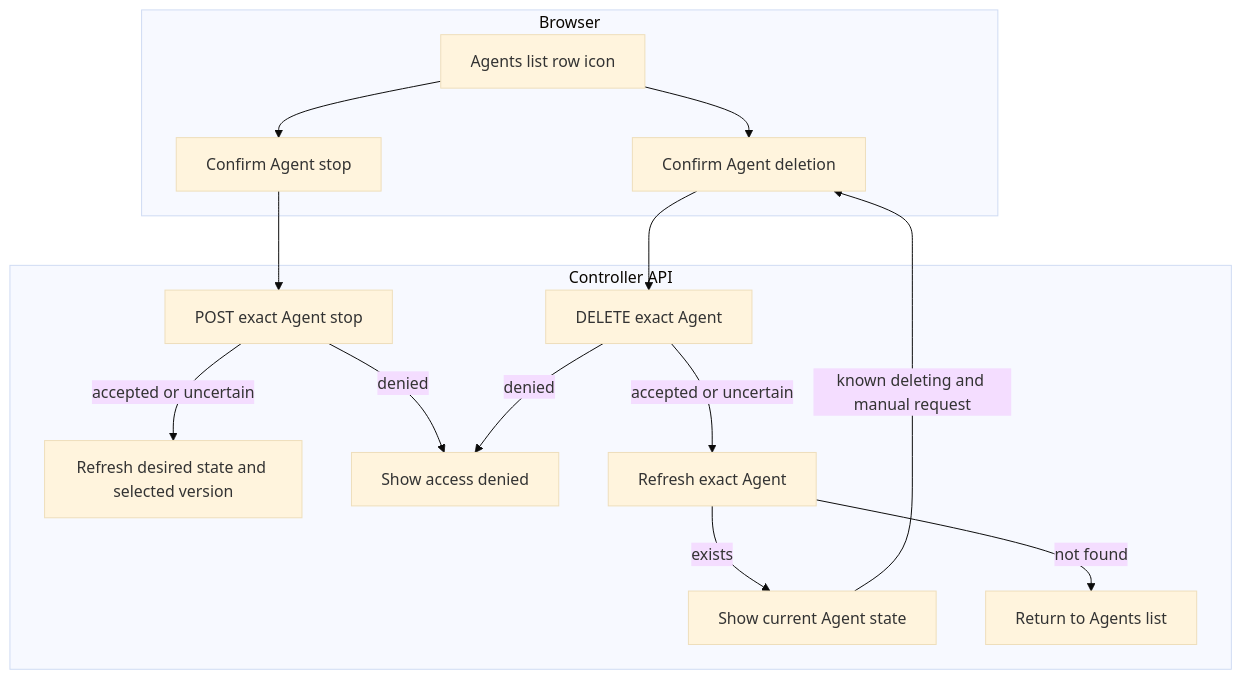
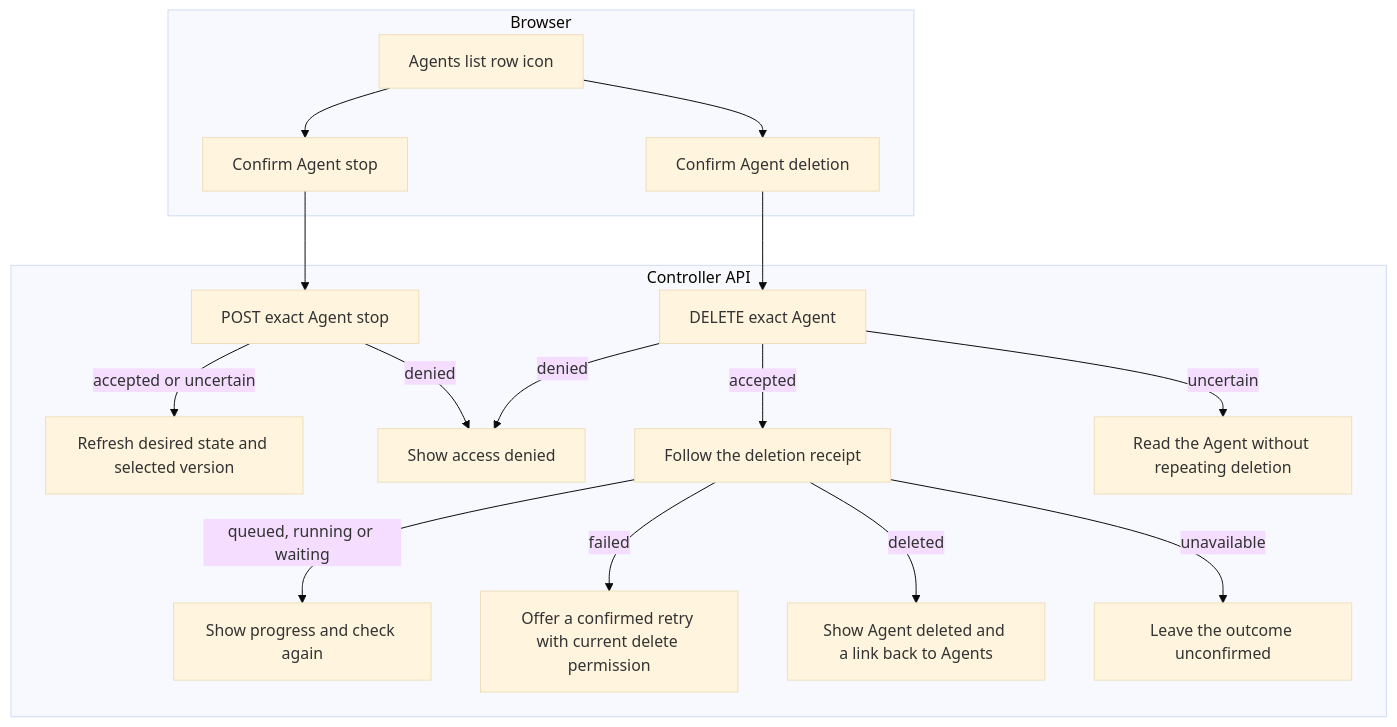
Before and after one commit to openclaw/openclaw-enterprise: the diagram in docs/flows/platform-console/agent-stop-and-deletion.md, drawn with Mermaid (base theme). The commit also changed other lines of this file and 51 other files, not shown here.

Commit message:
Track Agent deletion through controller-confirmed cleanup

````diff
--- a/docs/flows/platform-console/agent-stop-and-deletion.md
+++ b/docs/flows/platform-console/agent-stop-and-deletion.md
@@ -25,20 +25,22 @@
 ```mermaid
 graph TD
   subgraph Browser["Browser"]
     E["Confirm Agent deletion"]
     S["Confirm Agent stop"]
     L["Agents list row icon"] --> E
     L --> S
   end
   subgraph API["Controller API"]
     E --> G["DELETE exact Agent"]
     S --> T["POST exact Agent stop"]
     T -->|accepted or uncertain| U["Refresh desired state and selected version"]
     T -->|denied| I
-    G -->|accepted or uncertain| H["Refresh exact Agent"]
+    G -->|accepted| H["Follow the deletion receipt"]
+    G -->|uncertain| X["Read the Agent without repeating deletion"]
     G -->|denied| I["Show access denied"]
-    H -->|exists| J["Show current Agent state"]
-    J -->|known deleting and manual request| E
-    H -->|not found| K["Return to Agents list"]
+    H -->|queued, running or waiting| J["Show progress and check again"]
+    H -->|failed| F["Offer a confirmed retry with current delete permission"]
+    H -->|deleted| K["Show Agent deleted and a link back to Agents"]
+    H -->|unavailable| N["Leave the outcome unconfirmed"]
   end
 ```
````
